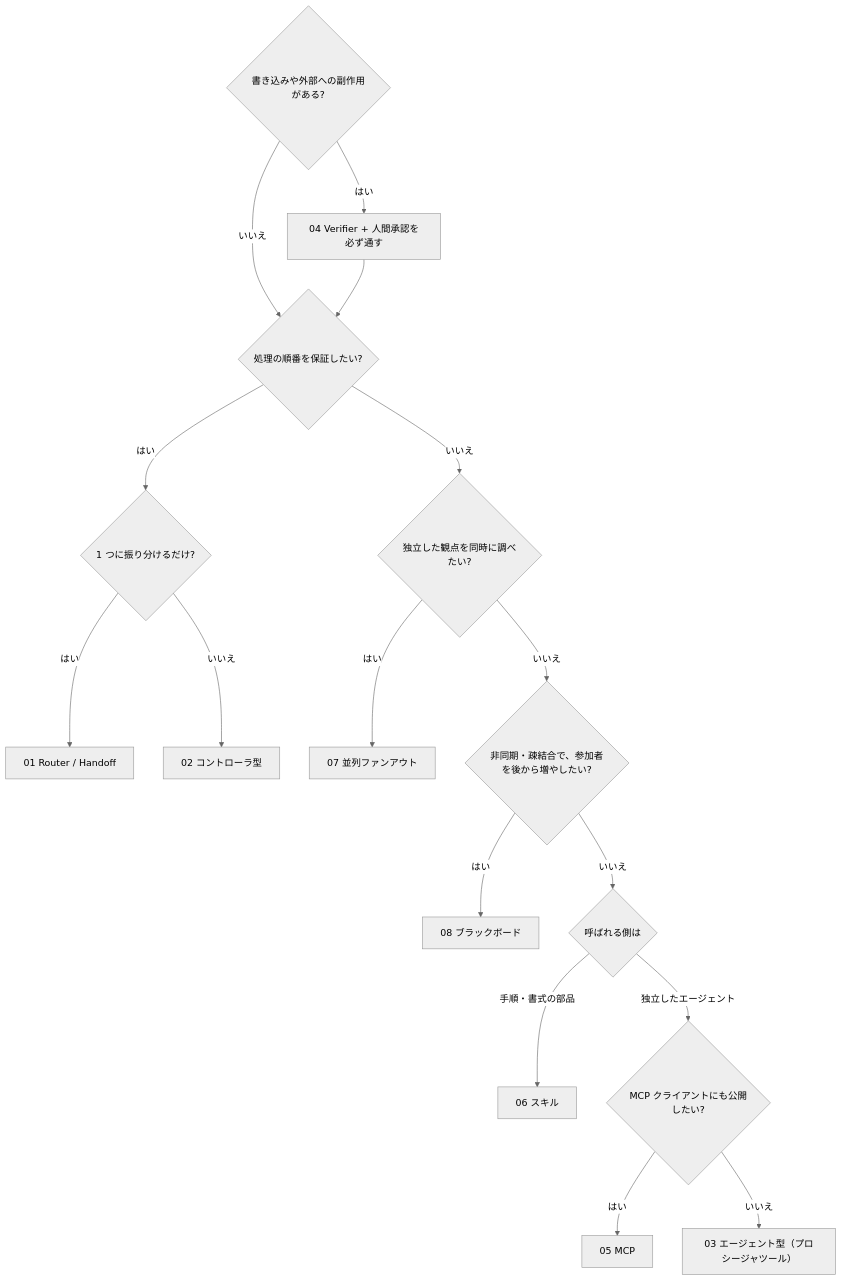
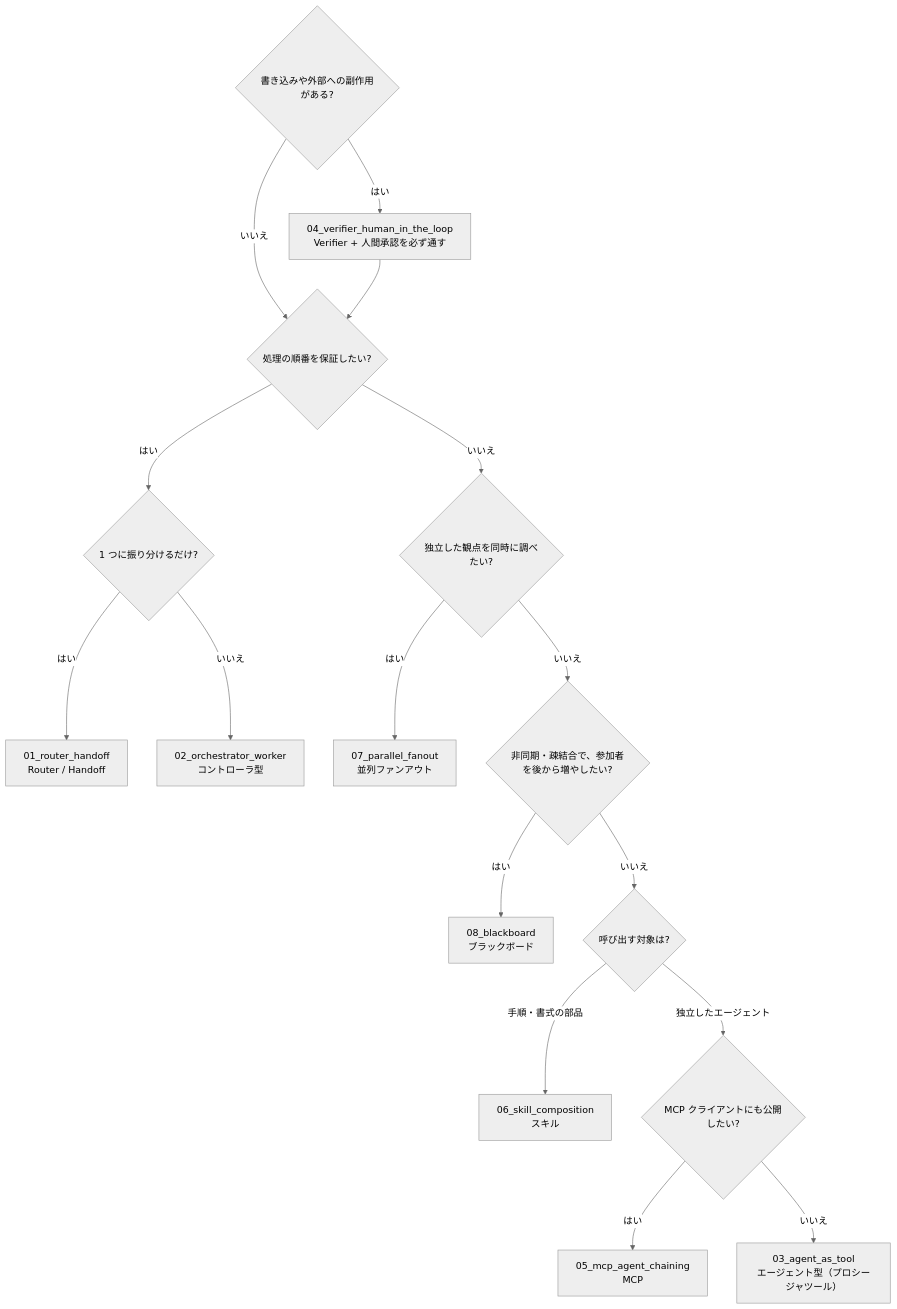
Before and after one commit to Snowflake-Labs/sf-samples-jp: the diagram in handson/multi-agent-patterns/README.md, drawn with Mermaid (neutral theme). The commit also changed other lines of this file and 106 other files, not shown here.

````diff
--- a/handson/multi-agent-patterns/README.md
+++ b/handson/multi-agent-patterns/README.md
@@ -57,18 +59,18 @@
 ```mermaid
 flowchart TD
-  Q1{書き込みや外部への副作用がある?} -->|はい| P04[04 Verifier + 人間承認を必ず通す]
+  Q1{書き込みや外部への副作用がある?} -->|はい| P04["04_verifier_human_in_the_loop<br/>Verifier + 人間承認を必ず通す"]
   Q1 -->|いいえ| Q2{処理の順番を保証したい?}
   P04 --> Q2
   Q2 -->|はい| Q3{1 つに振り分けるだけ?}
-  Q3 -->|はい| P01[01 Router / Handoff]
-  Q3 -->|いいえ| P02[02 コントローラ型]
+  Q3 -->|はい| P01["01_router_handoff<br/>Router / Handoff"]
+  Q3 -->|いいえ| P02["02_orchestrator_worker<br/>コントローラ型"]
   Q2 -->|いいえ| Q6{独立した観点を同時に調べたい?}
-  Q6 -->|はい| P07[07 並列ファンアウト]
+  Q6 -->|はい| P07["07_parallel_fanout<br/>並列ファンアウト"]
   Q6 -->|いいえ| Q7{非同期・疎結合で、参加者を後から増やしたい?}
-  Q7 -->|はい| P08[08 ブラックボード]
-  Q7 -->|いいえ| Q4{呼ばれる側は}
-  Q4 -->|手順・書式の部品| P06[06 スキル]
+  Q7 -->|はい| P08["08_blackboard<br/>ブラックボード"]
+  Q7 -->|いいえ| Q4{呼び出す対象は?}
+  Q4 -->|手順・書式の部品| P06["06_skill_composition<br/>スキル"]
   Q4 -->|独立したエージェント| Q5{MCP クライアントにも公開したい?}
-  Q5 -->|はい| P05[05 MCP]
-  Q5 -->|いいえ| P03[03 エージェント型（プロシージャツール）]
+  Q5 -->|はい| P05["05_mcp_agent_chaining<br/>MCP"]
+  Q5 -->|いいえ| P03["03_agent_as_tool<br/>エージェント型（プロシージャツール）"]
 ```
````
